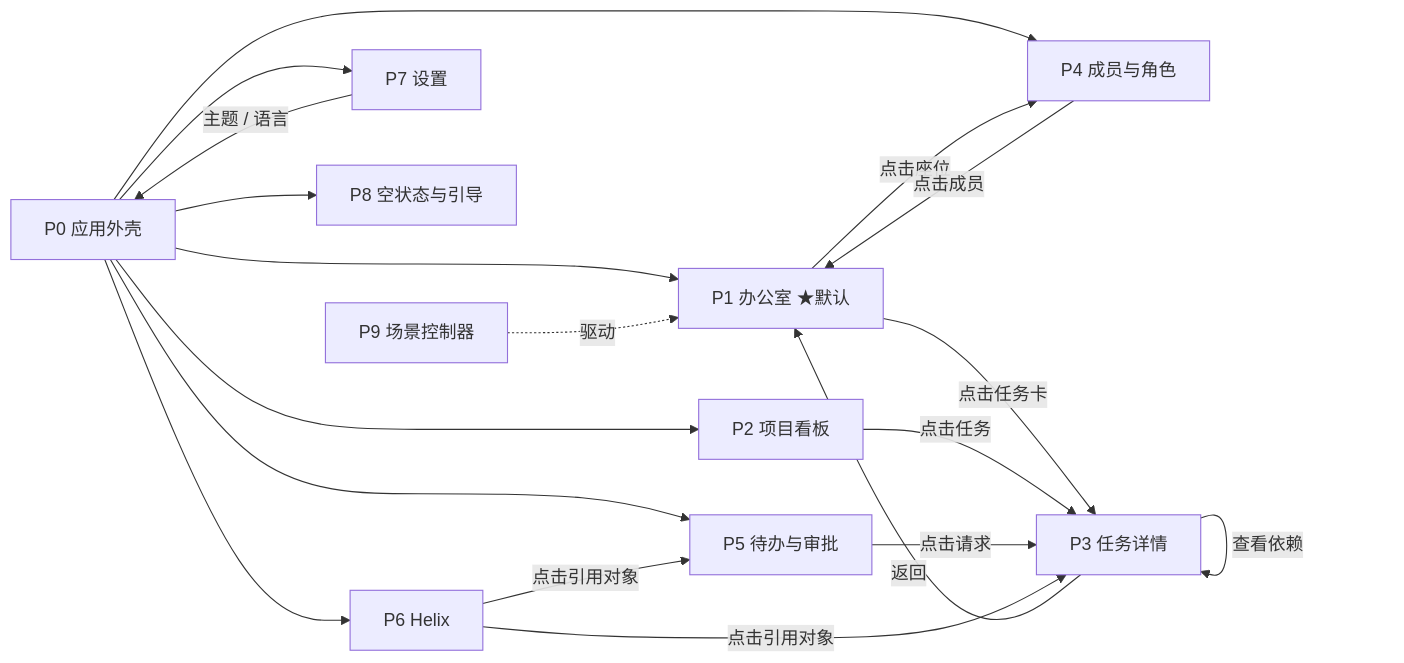
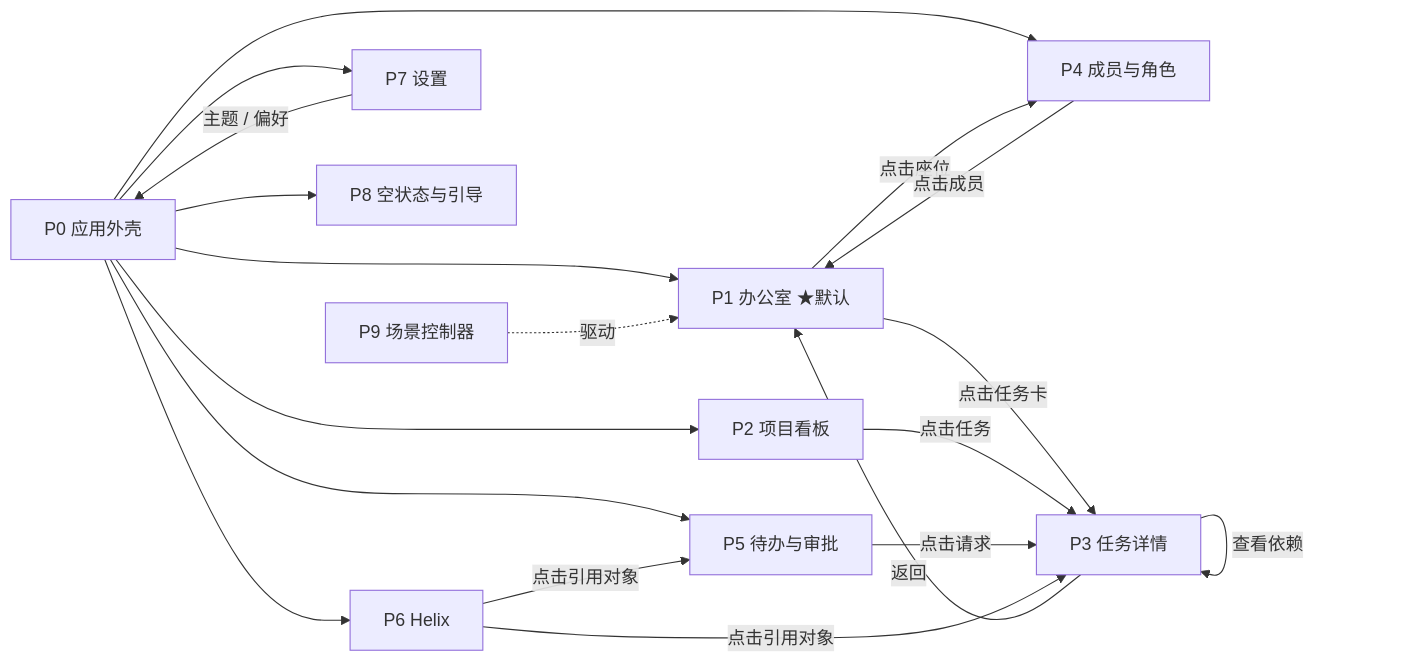
Before and after one commit to leishen8806/VirtualAiOffice: the diagram in docs/design/UI_PROTOTYPE_CONTRACT_V2.md, drawn with Mermaid. The commit also changed other lines of this file and 3 other files, not shown here.

````diff
--- a/docs/design/UI_PROTOTYPE_CONTRACT_V2.md
+++ b/docs/design/UI_PROTOTYPE_CONTRACT_V2.md
@@ -132,21 +134,21 @@
 ```mermaid
 flowchart LR
   Shell[P0 应用外壳] --> Office[P1 办公室 ★默认]
   Shell --> Dash[P2 项目看板]
   Shell --> Members[P4 成员与角色]
   Shell --> Inbox[P5 待办与审批]
   Shell --> Coord[P6 Helix]
   Shell --> Settings[P7 设置]
   Shell --> Onboard[P8 空状态与引导]
   Office -- 点击任务卡 --> Task[P3 任务详情]
   Dash -- 点击任务 --> Task
   Inbox -- 点击请求 --> Task
   Office -- 点击座位 --> Members
   Members -- 点击成员 --> Office
   Task -- 返回 --> Office
   Task -- 查看依赖 --> Task
   Coord -- 点击引用对象 --> Task
   Coord -- 点击引用对象 --> Inbox
-  Settings -- 主题 / 语言 --> Shell
+  Settings -- 主题 / 偏好 --> Shell
   Scenario[P9 场景控制器] -. 驱动 .-> Office
 ```
````
